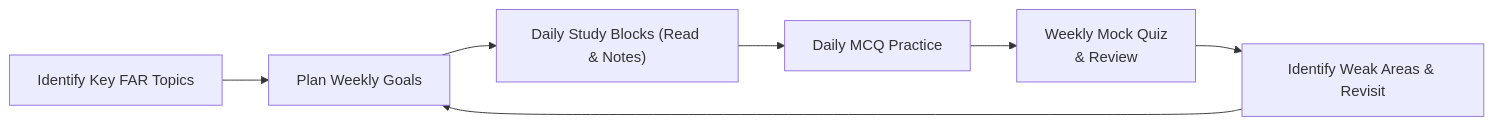
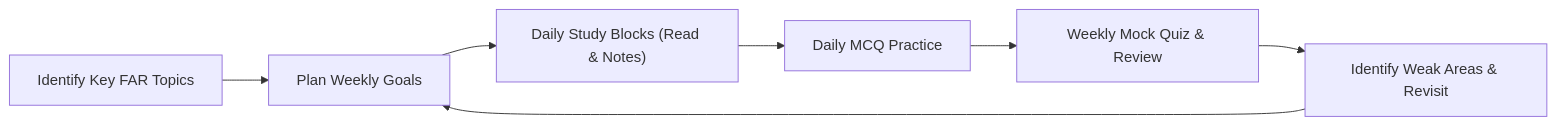
Before and after one commit to MasteryEducation/CPAExamsMastery.com: the diagram in content/far/1/1/5/index.md, drawn with Mermaid.

````diff
--- a/content/far/1/1/5/index.md
+++ b/content/far/1/1/5/index.md
@@ -171,9 +171,9 @@
 ```mermaid
 flowchart LR
     A[Identify Key FAR Topics] --> B[Plan Weekly Goals]
     B --> C["Daily Study Blocks (Read & Notes)"]
     C --> D[Daily MCQ Practice]
-    D --> E["Weekly Mock Quiz <br/>& Review"]
+    D --> E["Weekly Mock Quiz & Review"]
     E --> F[Identify Weak Areas & Revisit]
     F --> B
 ```
````
